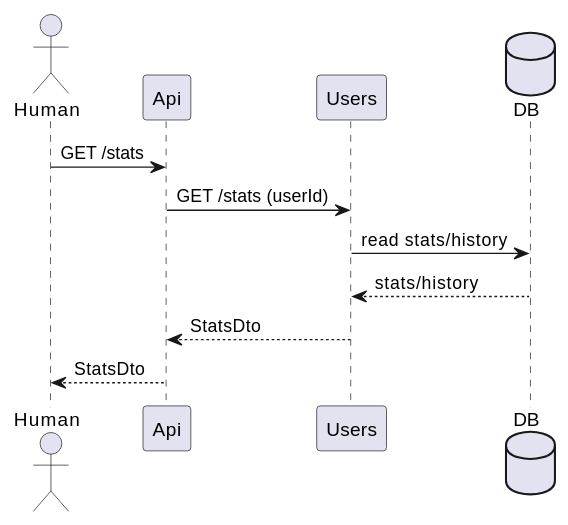
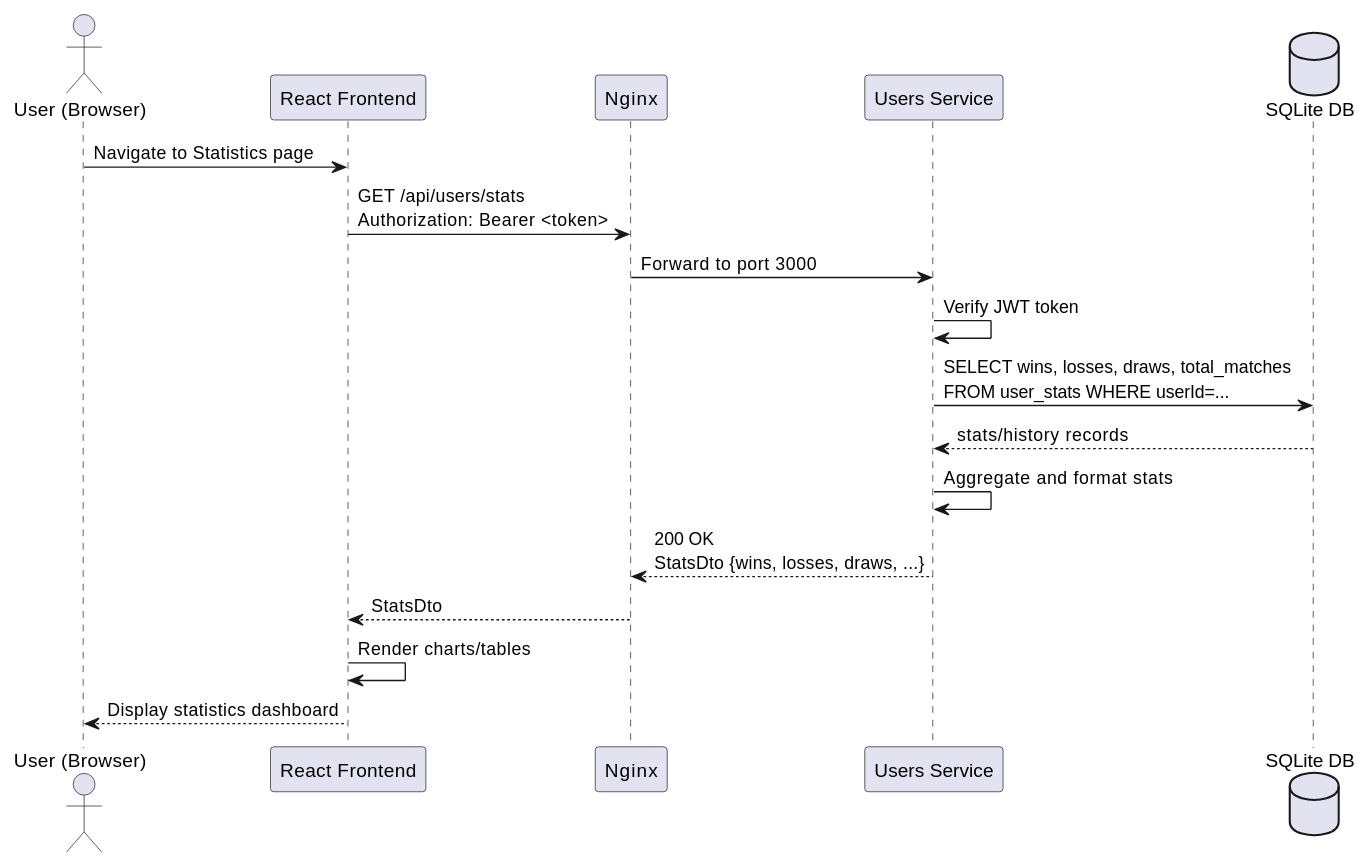
One commit to Arquisoft/yovi_es1c changed the sixth of 6 diagrams in docs/src/06_runtime_view.adoc. Above: the diagram before and after it, drawn with PlantUML. The commit also changed other lines of this file and 9 other files, not shown here.

```diff
--- a/docs/src/06_runtime_view.adoc
+++ b/docs/src/06_runtime_view.adoc
@@ -166,14 +209,20 @@
 [plantuml, "runtime-stats", png]
 ----
-actor Human
-participant Api
-participant Users
-database DB
+actor "User (Browser)" as Human
+participant "React Frontend" as Frontend
+participant "Nginx" as Nginx
+participant "Users Service" as Users
+database "SQLite DB" as DB
 
-Human -> Api: GET /stats
-Api -> Users: GET /stats (userId)
-Users -> DB: read stats/history
-DB --> Users: stats/history
-Users --> Api: StatsDto
-Api --> Human: StatsDto
+Human -> Frontend: Navigate to Statistics page
+Frontend -> Nginx: GET /api/users/stats\nAuthorization: Bearer <token>
+Nginx -> Users: Forward to port 3000
+Users -> Users: Verify JWT token
+Users -> DB: SELECT wins, losses, draws, total_matches\nFROM user_stats WHERE userId=...
+DB --> Users: stats/history records
+Users -> Users: Aggregate and format stats
+Users --> Nginx: 200 OK\nStatsDto {wins, losses, draws, ...}
+Nginx --> Frontend: StatsDto
+Frontend -> Frontend: Render charts/tables
+Frontend --> Human: Display statistics dashboard
 ----
```
